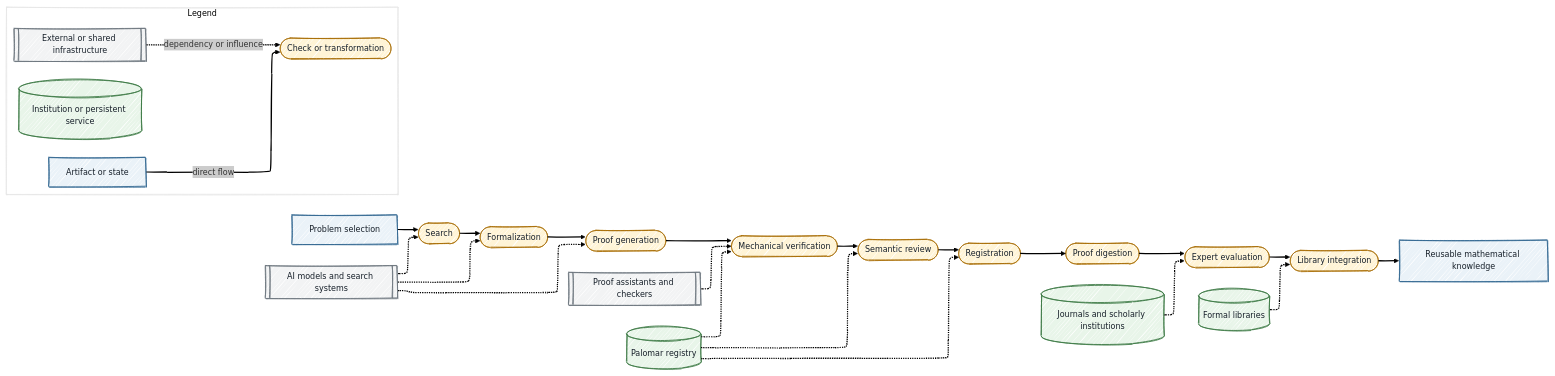
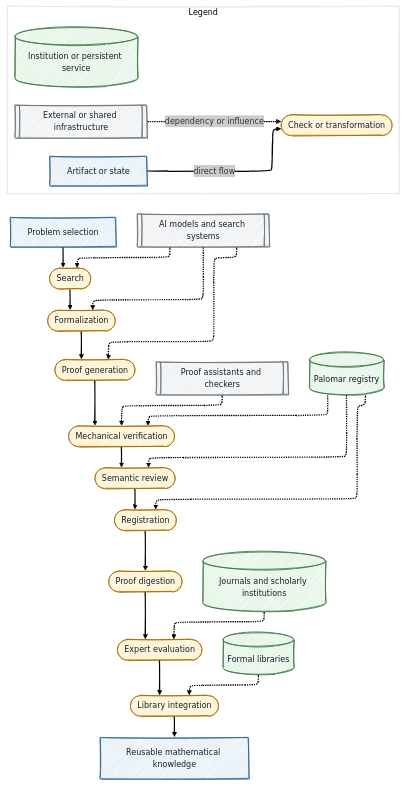
Before and after one commit to antomon/antomon.github.io: the tenth of 11 diagrams in posts/after-proof-abundance-palomar-and-the-new-infrastructure-of-mathematical-trust/index.qmd, drawn with Mermaid. The commit also changed other lines of this file and 94 other files, not shown here.

````diff
--- a/posts/after-proof-abundance-palomar-and-the-new-infrastructure-of-mathematical-trust/index.qmd
+++ b/posts/after-proof-abundance-palomar-and-the-new-infrastructure-of-mathematical-trust/index.qmd
@@ -686,39 +724,43 @@
 ```{mermaid}
 %%| label: fig-after-proof-abundance-palomar-and-the-new-infrastructure-of-mathematical-trust-industrial-pipeline
 %%| fig-cap: 'Industrialized mathematical intelligence decomposes a formerly bundled research process into specialized stages connected by assurance interfaces.'
 %%| fig-alt: 'Problem selection flows into search, formalization, proof generation, mechanical verification, semantic review, registration, proof digestion, expert evaluation, and formal-library integration. Palomar occupies the verification, review, and registration region, while models, proof assistants, journals, and libraries provide external or institutional capabilities at different stages. A legend identifies diagram conventions.'
 %%| fig-align: center
 %%{init: {"theme": "neo", "look": "handDrawn", "layout": "elk"}}%%
-flowchart LR
+flowchart TD
     Q[Problem selection]:::artifact --> S([Search]):::process
     S --> F([Formalization]):::process
     F --> PG([Proof generation]):::process
     PG --> V([Mechanical verification]):::process
     V --> SR([Semantic review]):::process
     SR --> RG([Registration]):::process
     RG --> D([Proof digestion]):::process
     D --> E([Expert evaluation]):::process
     E --> L([Library integration]):::process
     L --> K[Reusable mathematical knowledge]:::artifact
 
     M[[AI models and search systems]]:::external -.-> S
     M -.-> F
     M -.-> PG
     PA[[Proof assistants and checkers]]:::external -.-> V
     PR[(Palomar registry)]:::institution -.-> V
     PR -.-> SR
     PR -.-> RG
     JR[(Journals and scholarly institutions)]:::institution -.-> E
     FL[(Formal libraries)]:::institution -.-> L
 
     subgraph LEG[Legend]
+        direction LR
+
         LA[Artifact or state]:::artifact -->|direct flow| LP([Check or transformation]):::process
         LI[(Institution or persistent service)]:::institution
         LX[[External or shared infrastructure]]:::external -.->|dependency or influence| LP
     end
+
+    LEG ~~~ M
 
     classDef artifact fill:#EAF2F8,stroke:#2F6690,color:#17202A,stroke-width:1.5px
     classDef process fill:#FFF4D6,stroke:#A66A00,color:#17202A,stroke-width:1.5px
     classDef institution fill:#E8F5E9,stroke:#3D7A45,color:#17202A,stroke-width:1.5px
     classDef external fill:#F2F3F4,stroke:#6C757D,color:#17202A,stroke-width:1.5px
 ```
````
